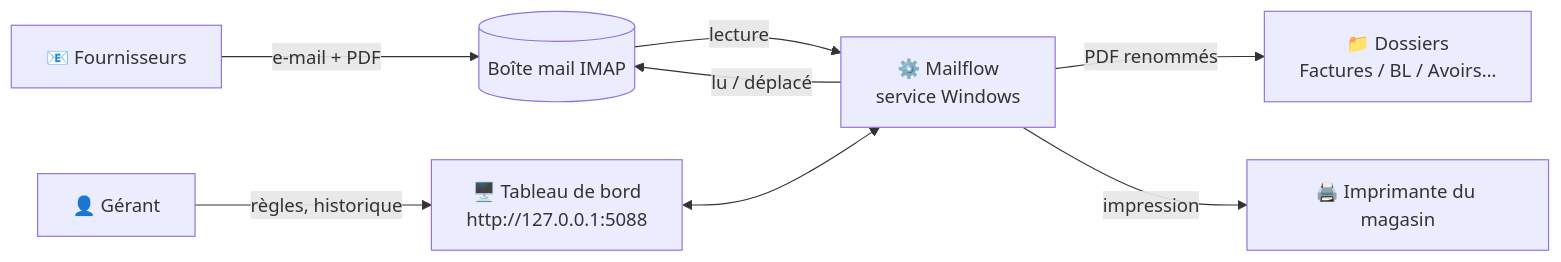
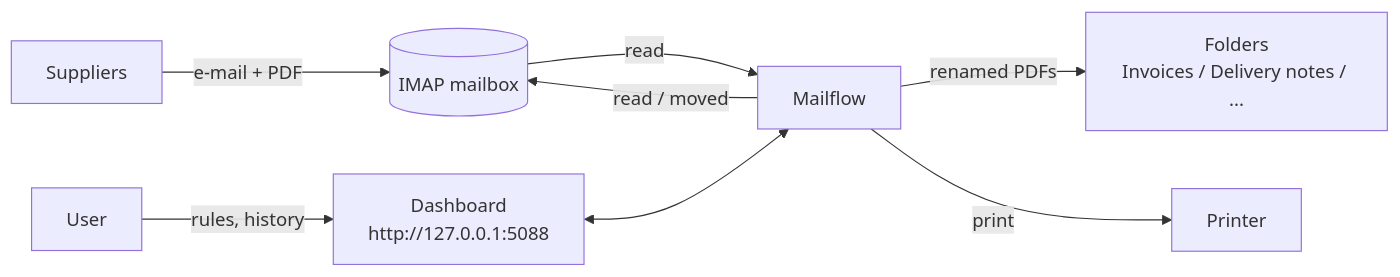
The first of 5 diagrams in README.md (ArmSal/mailflow), drawn with Mermaid before and after one commit. The commit also changed other lines of this file and 3 other files, not shown here.

````diff
--- a/README.md
+++ b/README.md
@@ -46,10 +38,10 @@
 ```mermaid
 flowchart LR
-    F[📧 Fournisseurs] -->|e-mail + PDF| B[(Boîte mail IMAP)]
-    B -->|lecture| M[⚙️ Mailflow<br/>service Windows]
-    M -->|PDF renommés| D[📁 Dossiers<br/>Factures / BL / Avoirs…]
-    M -->|impression| P[🖨️ Imprimante du magasin]
-    M -->|lu / déplacé| B
-    U[👤 Gérant] -->|règles, historique| W[🖥️ Tableau de bord<br/>http://127.0.0.1:5088]
+    S[Suppliers] -->|e-mail + PDF| B[(IMAP mailbox)]
+    B -->|read| M[Mailflow]
+    M -->|renamed PDFs| D[Folders<br/>Invoices / Delivery notes / ...]
+    M -->|print| P[Printer]
+    M -->|read / moved| B
+    U[User] -->|rules, history| W[Dashboard<br/>http://127.0.0.1:5088]
     W <--> M
 ```
````
